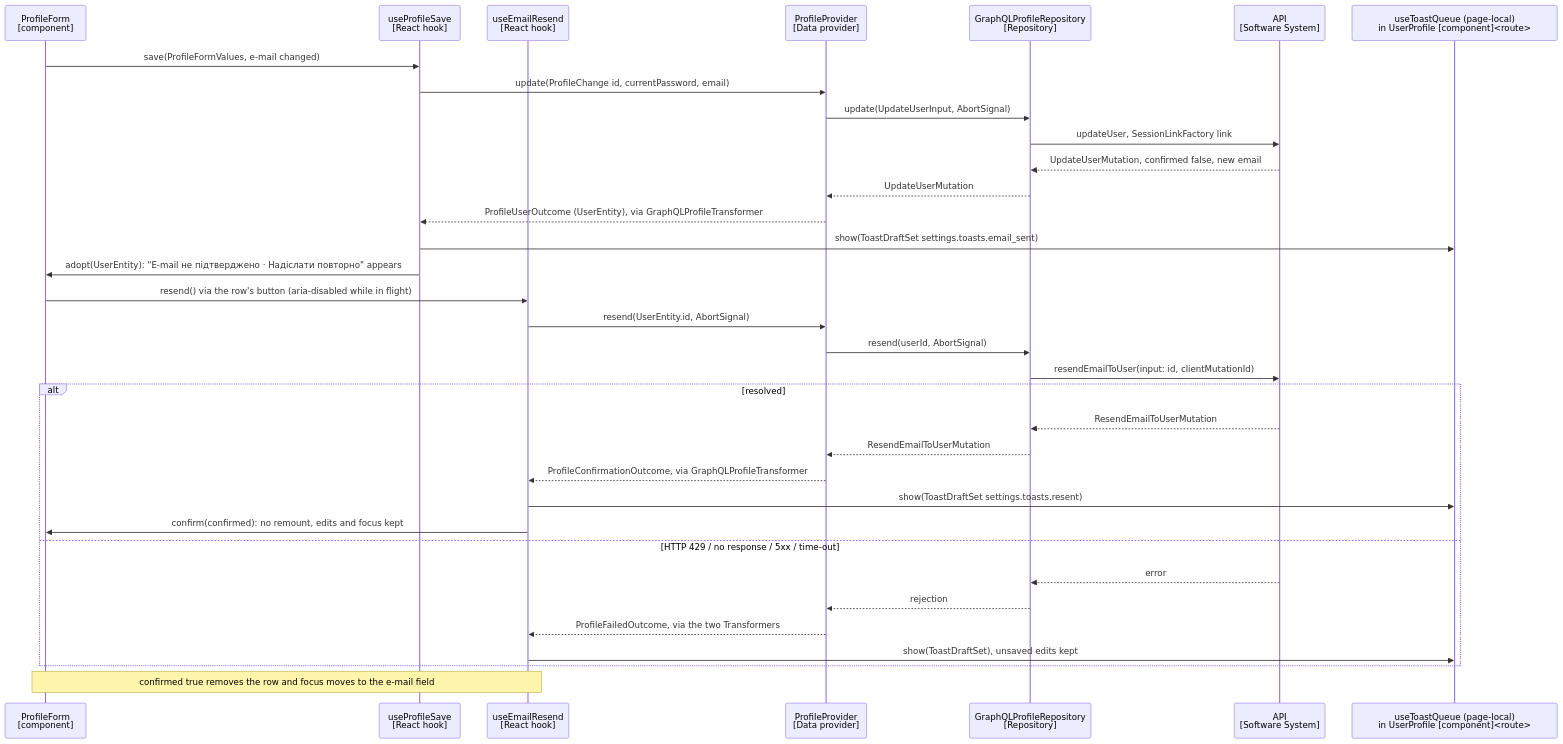
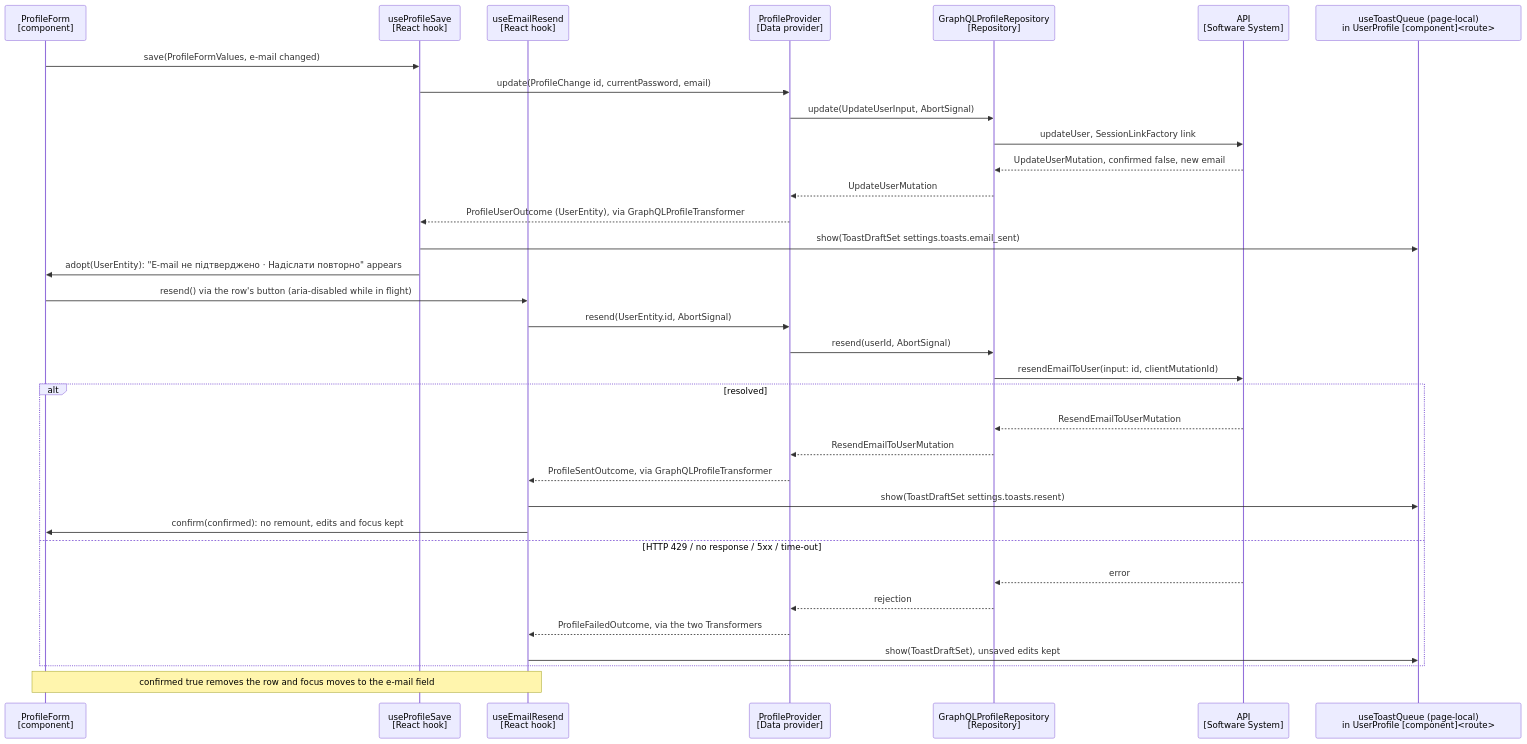
Before and after one commit to VilnaCRM-Org/crm: the seventh of 8 diagrams in specs/user-settings/planning-artifacts/architecture-user-settings-2026-10-06.md, drawn with Mermaid. The commit also changed other lines of this file and 14 other files, not shown here.

````diff
--- a/specs/user-settings/planning-artifacts/architecture-user-settings-2026-10-06.md
+++ b/specs/user-settings/planning-artifacts/architecture-user-settings-2026-10-06.md
@@ -729,36 +730,36 @@
 ```mermaid
 sequenceDiagram
   participant F as ProfileForm<br/>[component]
   participant HS as useProfileSave<br/>[React hook]
   participant HR as useEmailResend<br/>[React hook]
   participant P as ProfileProvider<br/>[Data provider]
   participant R as GraphQLProfileRepository<br/>[Repository]
   participant API as API<br/>[Software System]
   participant S as useToastQueue (page-local)<br/>in UserProfile [component]#lt;route#gt;
   F->>HS: save(ProfileFormValues, e-mail changed)
   HS->>P: update(ProfileChange id, currentPassword, email)
   P->>R: update(UpdateUserInput, AbortSignal)
   R->>API: updateUser, SessionLinkFactory link
   API-->>R: UpdateUserMutation, confirmed false, new email
   R-->>P: UpdateUserMutation
   P-->>HS: ProfileUserOutcome (UserEntity), via GraphQLProfileTransformer
   HS->>S: show(ToastDraftSet settings.toasts.email_sent)
   HS->>F: adopt(UserEntity): "E-mail не підтверджено · Надіслати повторно" appears
   F->>HR: resend() via the row's button (aria-disabled while in flight)
   HR->>P: resend(UserEntity.id, AbortSignal)
   P->>R: resend(userId, AbortSignal)
   R->>API: resendEmailToUser(input: id, clientMutationId)
   alt resolved
     API-->>R: ResendEmailToUserMutation
     R-->>P: ResendEmailToUserMutation
-    P-->>HR: ProfileConfirmationOutcome, via GraphQLProfileTransformer
+    P-->>HR: ProfileSentOutcome, via GraphQLProfileTransformer
     HR->>S: show(ToastDraftSet settings.toasts.resent)
     HR->>F: confirm(confirmed): no remount, edits and focus kept
   else HTTP 429 / no response / 5xx / time-out
     API-->>R: error
     R-->>P: rejection
     P-->>HR: ProfileFailedOutcome, via the two Transformers
     HR->>S: show(ToastDraftSet), unsaved edits kept
   end
   Note over HR,F: confirmed true removes the row and focus moves to the e-mail field
 ```
````
